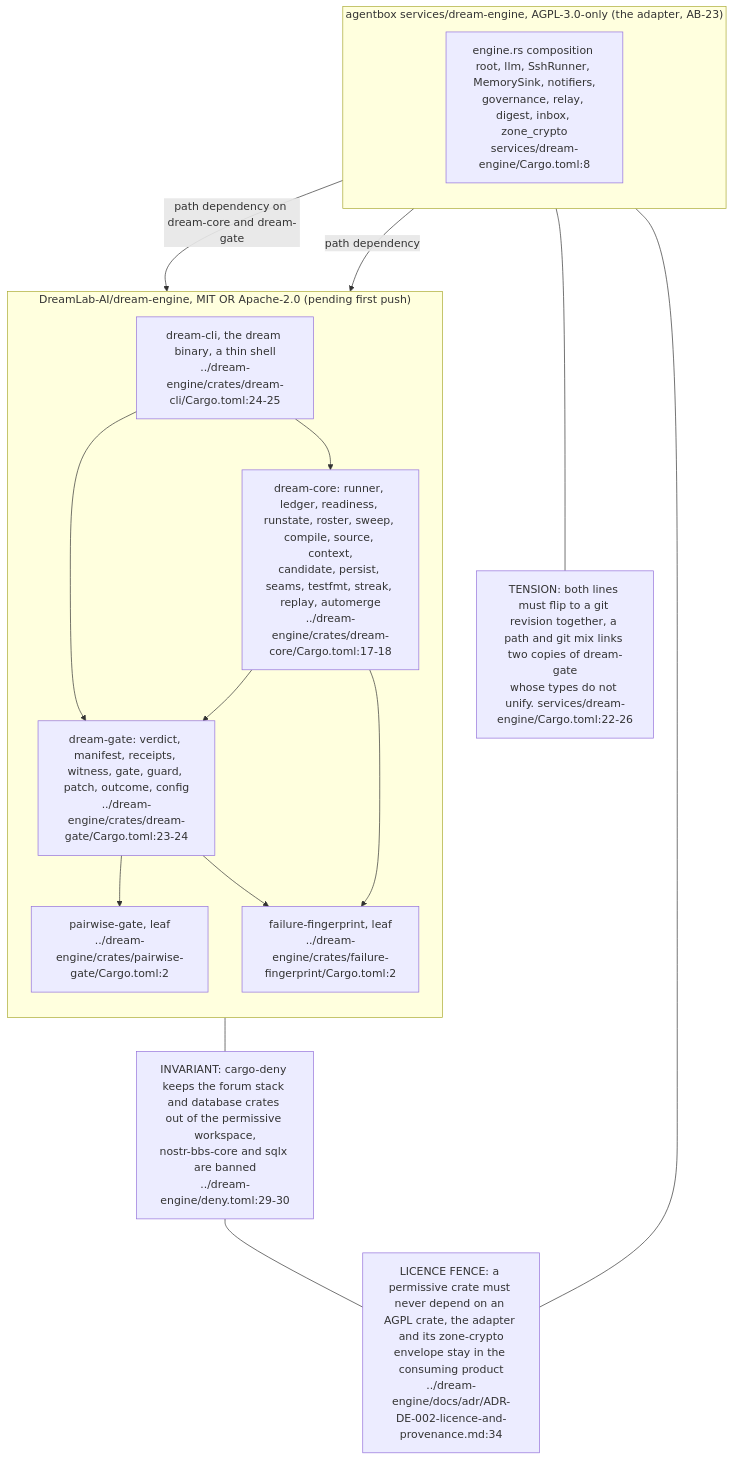
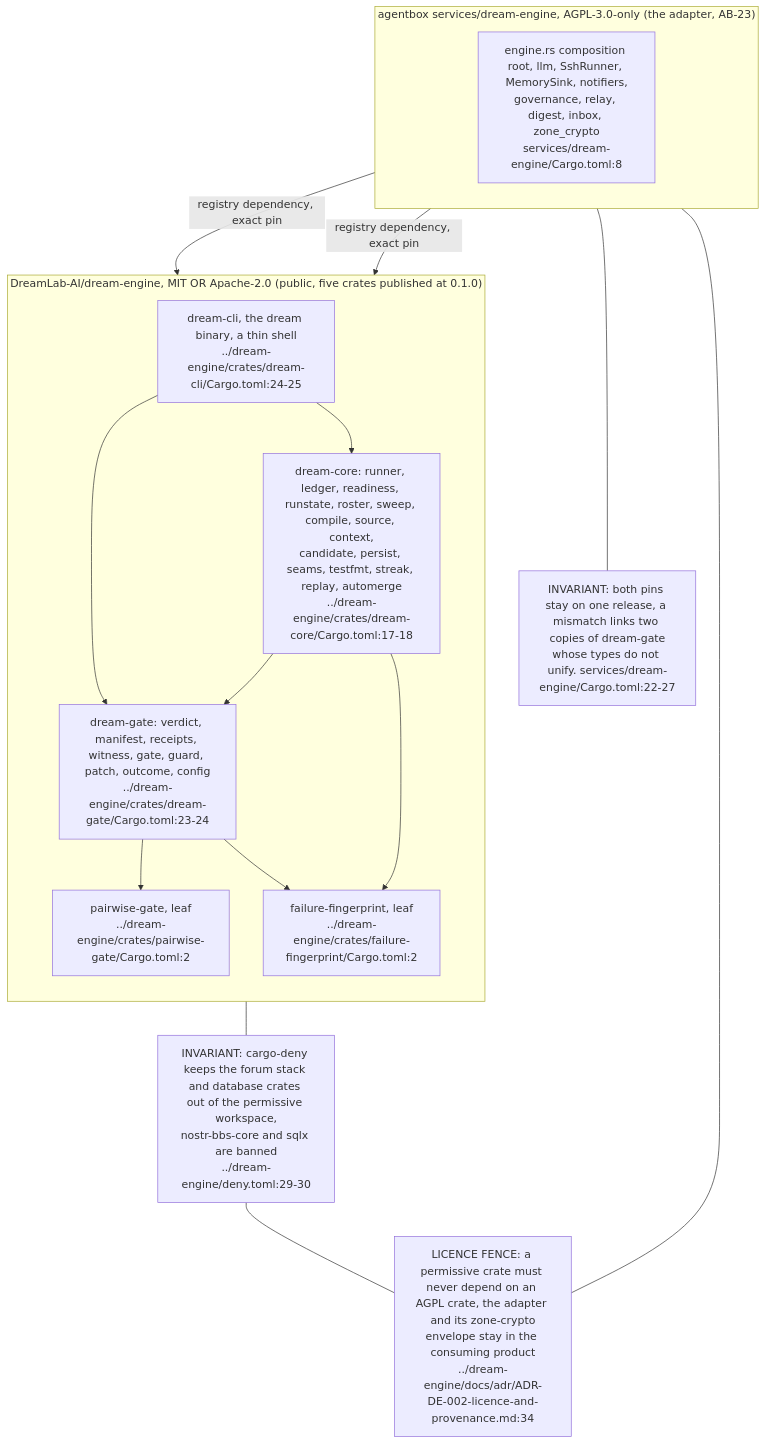
Before and after one commit to DreamLab-AI/VisionFlow: the first of 2 diagrams in docs/diagrams/dream-engine/01-crates-licence-boundary-and-estate-status.md, drawn with Mermaid. The commit also changed other lines of this file and 10 other files, not shown here.

First line of the commit message:
docs(diagrams): re-stamp the dream-engine extraction topics to the published state

````diff
--- a/docs/diagrams/dream-engine/01-crates-licence-boundary-and-estate-status.md
+++ b/docs/diagrams/dream-engine/01-crates-licence-boundary-and-estate-status.md
@@ -34,30 +36,30 @@
 ```mermaid
 flowchart TB
-    subgraph REPO["DreamLab-AI/dream-engine, MIT OR Apache-2.0 (pending first push)"]
+    subgraph REPO["DreamLab-AI/dream-engine, MIT OR Apache-2.0 (public, five crates published at 0.1.0)"]
         direction TB
         PG["pairwise-gate, leaf<br/>../dream-engine/crates/pairwise-gate/Cargo.toml:2"]
         FF["failure-fingerprint, leaf<br/>../dream-engine/crates/failure-fingerprint/Cargo.toml:2"]
         DG["dream-gate: verdict, manifest, receipts, witness, gate, guard, patch, outcome, config<br/>../dream-engine/crates/dream-gate/Cargo.toml:23-24"]
         DC["dream-core: runner, ledger, readiness, runstate, roster, sweep, compile, source, context,<br/>candidate, persist, seams, testfmt, streak, replay, automerge<br/>../dream-engine/crates/dream-core/Cargo.toml:17-18"]
         CLI["dream-cli, the dream binary, a thin shell<br/>../dream-engine/crates/dream-cli/Cargo.toml:24-25"]
         DG --> PG
         DG --> FF
         DC --> DG
         DC --> FF
         CLI --> DG
         CLI --> DC
     end
     DENY["INVARIANT: cargo-deny keeps the forum stack and database crates out of the permissive workspace,<br/>nostr-bbs-core and sqlx are banned<br/>../dream-engine/deny.toml:29-30"]
     REPO --- DENY
     FENCE["LICENCE FENCE: a permissive crate must never depend on an AGPL crate, the adapter and its zone-crypto<br/>envelope stay in the consuming product<br/>../dream-engine/docs/adr/ADR-DE-002-licence-and-provenance.md:34"]
     DENY --- FENCE
     subgraph ESTATE["agentbox services/dream-engine, AGPL-3.0-only (the adapter, AB-23)"]
         direction TB
         AD["engine.rs composition root, llm, SshRunner, MemorySink, notifiers,<br/>governance, relay, digest, inbox, zone_crypto<br/>services/dream-engine/Cargo.toml:8"]
     end
-    AD -->|"path dependency on dream-core and dream-gate"| DC
-    AD -->|"path dependency"| DG
+    AD -->|"registry dependency, exact pin"| DC
+    AD -->|"registry dependency, exact pin"| DG
     FENCE --- ESTATE
-    PIN["TENSION: both lines must flip to a git revision together, a path and git mix links two copies of dream-gate<br/>whose types do not unify. services/dream-engine/Cargo.toml:22-26"]
+    PIN["INVARIANT: both pins stay on one release, a mismatch links two copies of dream-gate<br/>whose types do not unify. services/dream-engine/Cargo.toml:22-27"]
     AD --- PIN
 ```
````
